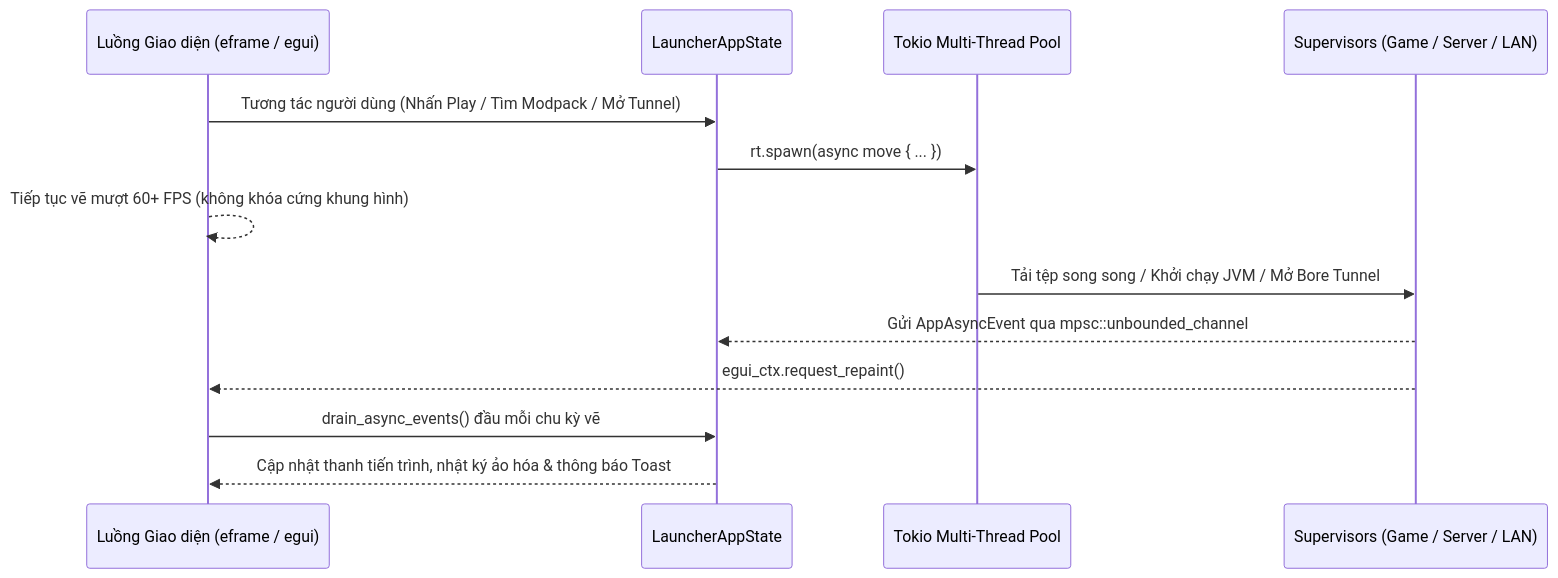
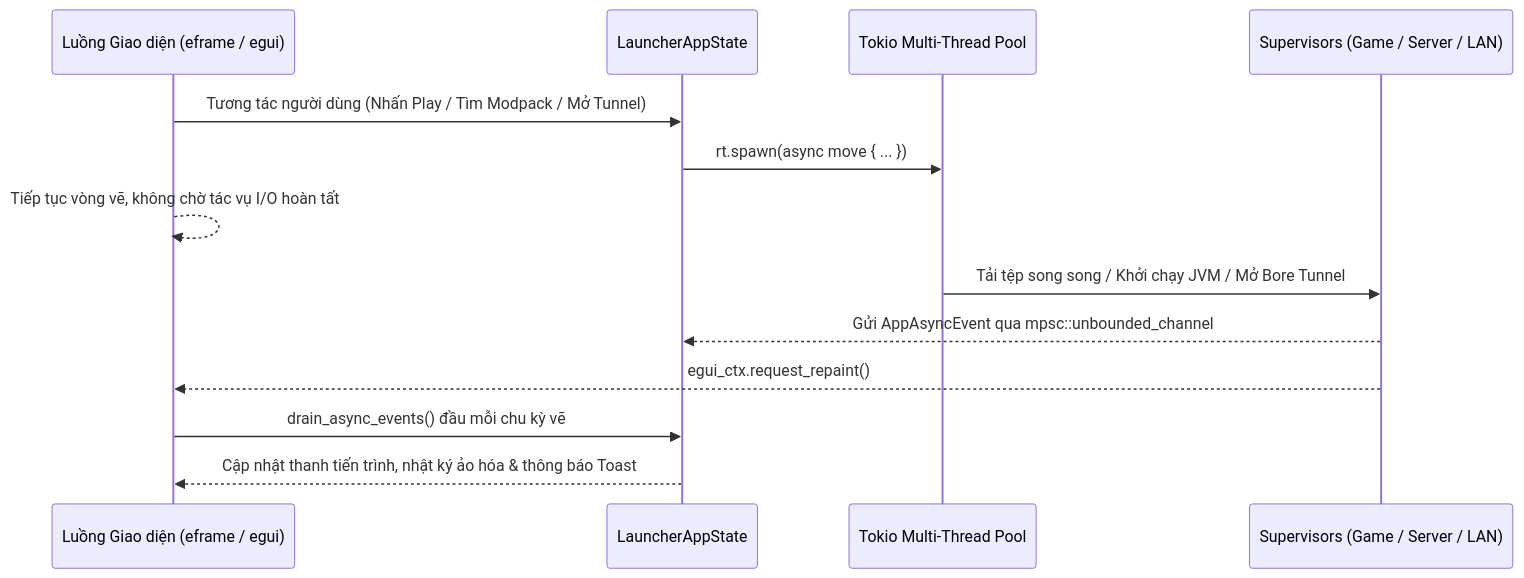
Before and after one commit to PhamTriHien/TriHienKun_Laucher: the second of 2 diagrams in docs/ARCHITECTURE.md, drawn with Mermaid. The commit also changed other lines of this file and 165 other files, not shown here.

````diff
--- a/docs/ARCHITECTURE.md
+++ b/docs/ARCHITECTURE.md
@@ -78,16 +114,16 @@
 ```mermaid
 sequenceDiagram
     participant UI as Luồng Giao diện (eframe / egui)
     participant State as LauncherAppState
     participant Tokio as Tokio Multi-Thread Pool
     participant Sub as Supervisors (Game / Server / LAN)
 
     UI->>State: Tương tác người dùng (Nhấn Play / Tìm Modpack / Mở Tunnel)
     State->>Tokio: rt.spawn(async move { ... })
-    UI-->>UI: Tiếp tục vẽ mượt 60+ FPS (không khóa cứng khung hình)
+    UI-->>UI: Tiếp tục vòng vẽ, không chờ tác vụ I/O hoàn tất
     Tokio->>Sub: Tải tệp song song / Khởi chạy JVM / Mở Bore Tunnel
     Sub-->>State: Gửi AppAsyncEvent qua mpsc::unbounded_channel
     Sub-->>UI: egui_ctx.request_repaint()
     UI->>State: drain_async_events() đầu mỗi chu kỳ vẽ
     State-->>UI: Cập nhật thanh tiến trình, nhật ký ảo hóa & thông báo Toast
 ```
````
